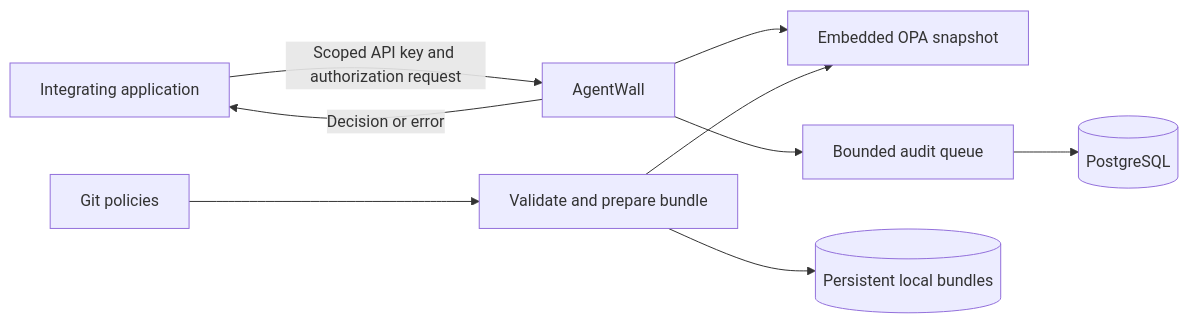
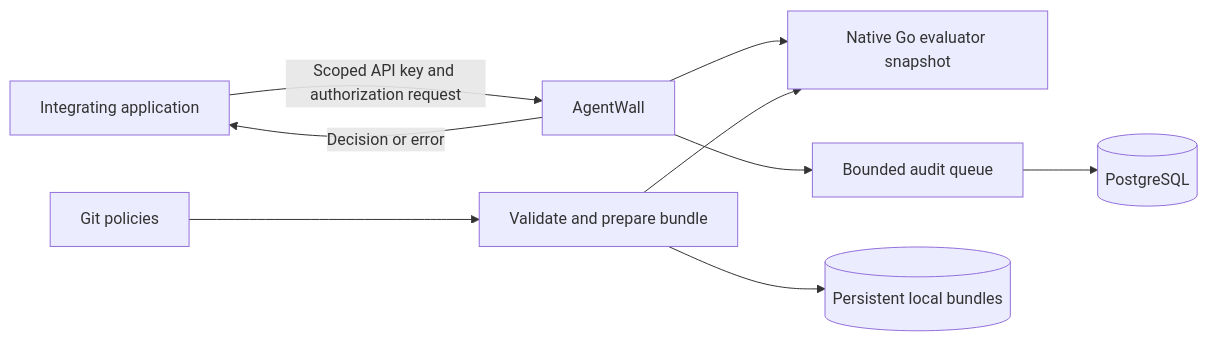
The diagram in README.md (tarangchikhalia/agentwall), drawn with Mermaid before and after one commit. The commit also changed other lines of this file and 12 other files, not shown here.

````diff
--- a/README.md
+++ b/README.md
@@ -23,11 +23,11 @@
 ```mermaid
 flowchart LR
   A[Integrating application] -->|Scoped API key and authorization request| S[AgentWall]
-  S --> P[Embedded OPA snapshot]
+  S --> P[Native Go evaluator snapshot]
   S --> Q[Bounded audit queue]
   Q --> D[(PostgreSQL)]
   G[Git policies] --> V[Validate and prepare bundle]
   V --> P
   V --> B[(Persistent local bundles)]
   S -->|Decision or error| A
 ```
````
